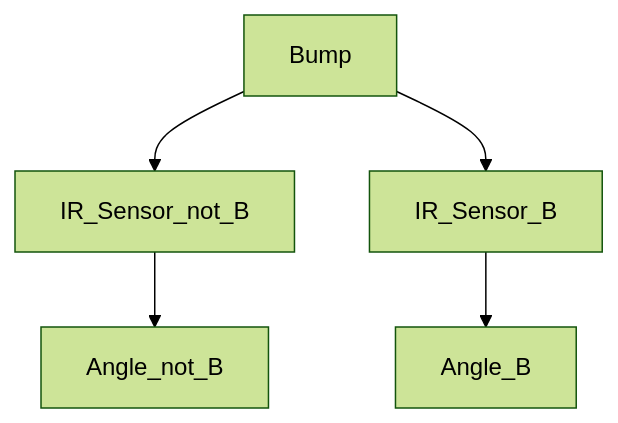
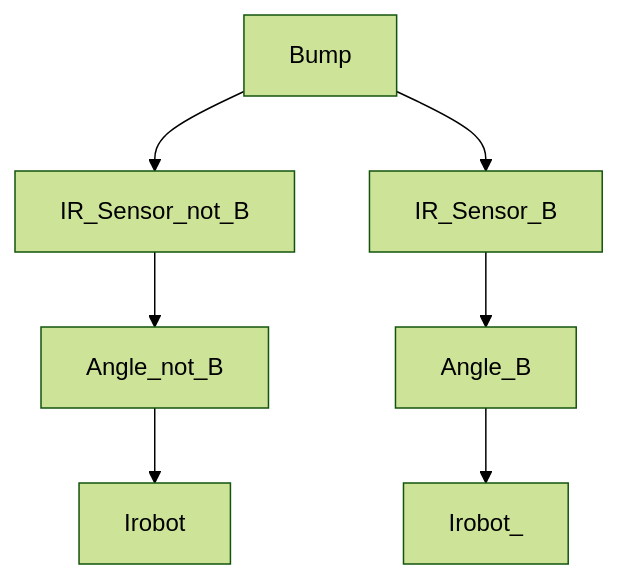
One commit to vamshireddy7008/CSE5694-IROBOT changed the second of 2 diagrams in README.md. Above: the diagram before and after it, drawn with Mermaid (forest theme). The commit also changed other lines of this file and 2 other files, not shown here.

````diff
--- a/README.md
+++ b/README.md
@@ -52,7 +45,9 @@
 ```mermaid
 graph TD;
     Bump-->IR_Sensor_not_B;
     IR_Sensor_not_B-->Angle_not_B;
+    Angle_not_B-->Irobot;
     Bump-->IR_Sensor_B;
     IR_Sensor_B-->Angle_B;
+    Angle_B-->Irobot_
 ```
````
